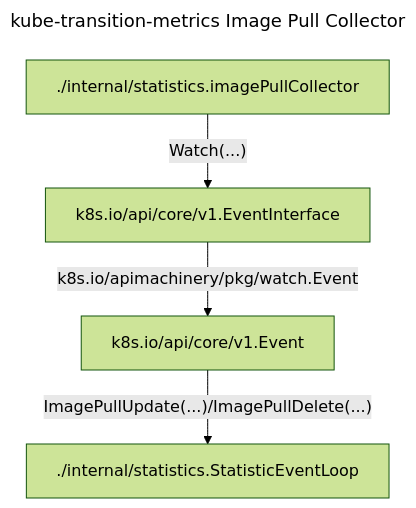
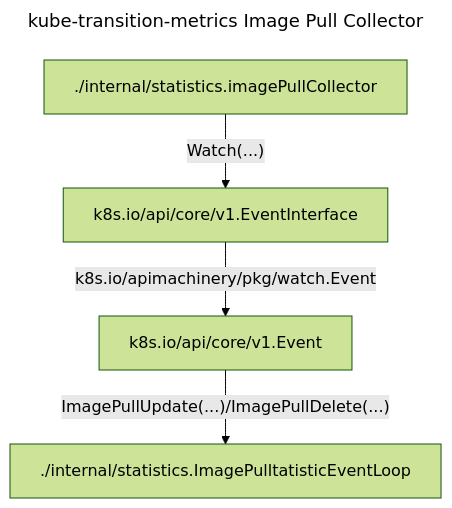
Before and after one commit to backmarket-oss/kube-transition-metrics: the third of 6 diagrams in doc/ARCHITECTURE.md, drawn with Mermaid (forest theme). The commit also changed other lines of this file, not shown here.

````diff
--- a/doc/ARCHITECTURE.md
+++ b/doc/ARCHITECTURE.md
@@ -92,15 +103,15 @@
 ```mermaid
 ---
 title: "kube-transition-metrics Image Pull Collector"
 ---
 flowchart TD
     imagePullCollector["./internal/statistics.imagePullCollector"]
     EventsWatch["k8s.io/api/core/v1.EventInterface"]
     Event["k8s.io/api/core/v1.Event"]
-    StatisticEventLoop["./internal/statistics.StatisticEventLoop"]
+    ImagePullStatisticEventLoop["./internal/statistics.ImagePulltatisticEventLoop"]
 
     imagePullCollector
         -->|"Watch(...)"| EventsWatch
         -->|"k8s.io/apimachinery/pkg/watch.Event"| Event
-        -->|"ImagePullUpdate(...)/ImagePullDelete(...)"| StatisticEventLoop
+        -->|"ImagePullUpdate(...)/ImagePullDelete(...)"| ImagePullStatisticEventLoop
 ```
````
